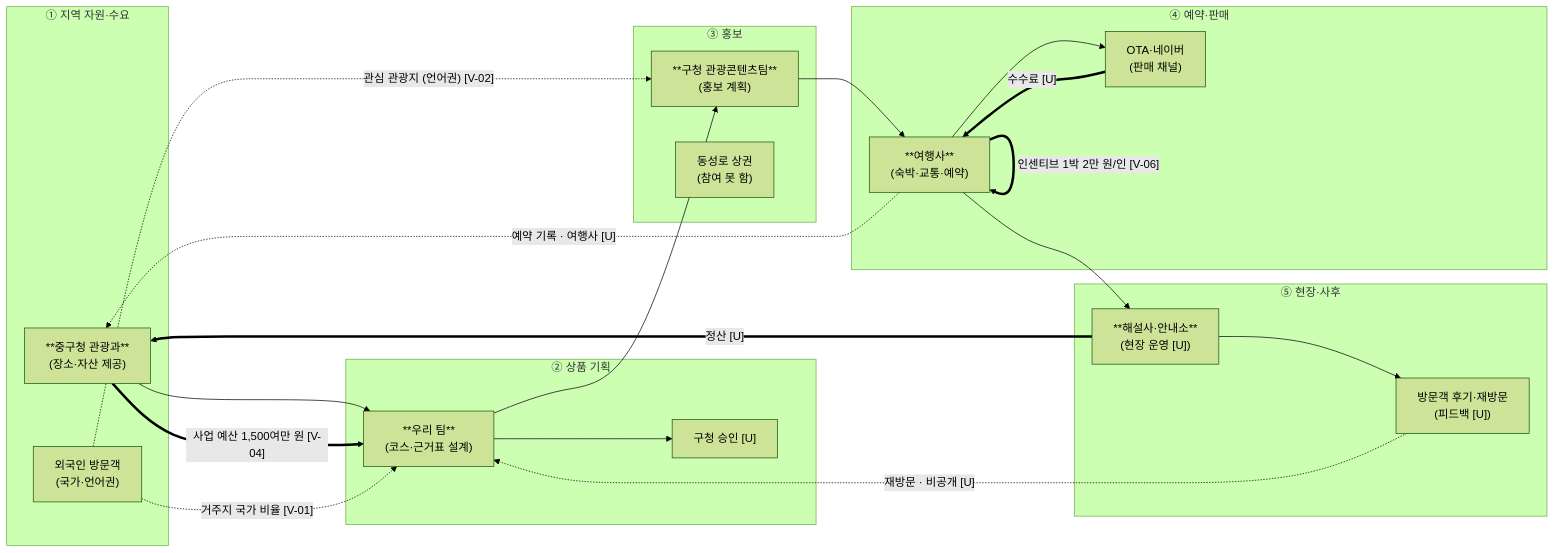
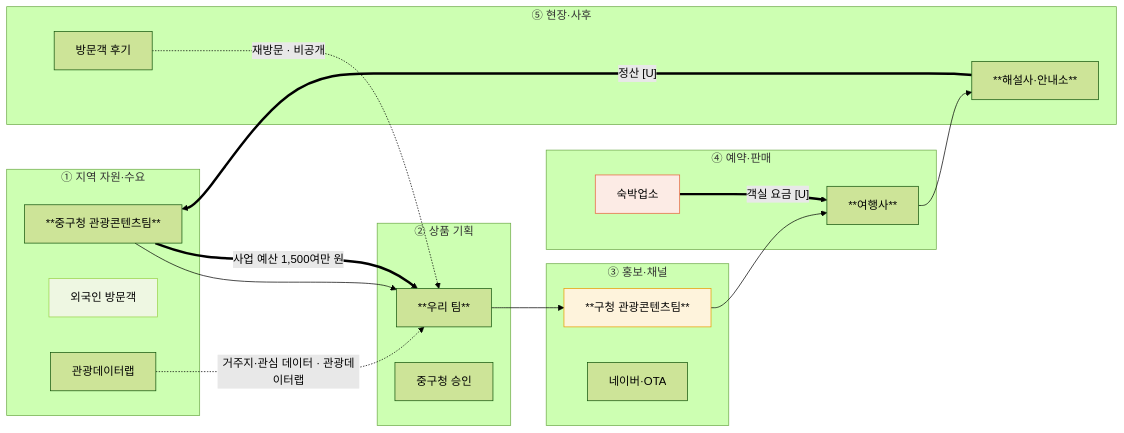
One commit to k-1026/haruharu changed the diagram in research/valuechain/valuechain_v0.md. Above: the diagram before and after it, drawn with Mermaid (forest theme). The commit also changed other lines of this file and 1 other file, not shown here.

Commit message:
docs: 이해관계자 6유형 정리와 흐름도 표기 규칙 반영

````diff
--- a/research/valuechain/valuechain_v0.md
+++ b/research/valuechain/valuechain_v0.md
@@ -7,41 +12,43 @@
 ```mermaid
 flowchart LR
   subgraph S1["① 지역 자원·수요"]
-    A1["**중구청 관광과**<br/>(장소·자산 제공)"]
-    A2["외국인 방문객<br/>(국가·언어권)"]
+    A1["**중구청 관광콘텐츠팀**"]
+    A2["외국인 방문객"]
+    A3["관광데이터랩"]
   end
   subgraph S2["② 상품 기획"]
-    B1["**우리 팀**<br/>(코스·근거표 설계)"]
-    B2["구청 승인 [U]"]
+    B1["**우리 팀**"]
+    B2["중구청 승인"]
   end
-  subgraph S3["③ 홍보"]
-    C1["**구청 관광콘텐츠팀**<br/>(홍보 계획)"]
-    C2["동성로 상권<br/>(참여 못 함)"]
+  subgraph S3["③ 홍보·채널"]
+    C1["**구청 관광콘텐츠팀**"]
+    C2["네이버·OTA"]
   end
   subgraph S4["④ 예약·판매"]
-    D1["**여행사**<br/>(숙박·교통·예약)"]
-    D2["OTA·네이버<br/>(판매 채널)"]
+    D1["**여행사**"]
+    D2["숙박업소"]
   end
   subgraph S5["⑤ 현장·사후"]
-    E1["**해설사·안내소**<br/>(현장 운영 [U])"]
-    E2["방문객 후기·재방문<br/>(피드백 [U])"]
+    E1["**해설사·안내소**"]
+    E2["방문객 후기"]
   end
 
   A1 --> B1
-  B1 --> B2
   B1 --> C1
   C1 --> D1
-  D1 --> D2
   D1 --> E1
-  E1 --> E2
 
-  A1 ==>|"사업 예산 1,500여만 원 [V-04]"| B1
-  D2 ==>|"수수료 [U]"| D1
+  A3 -.->|"거주지·관심 데이터 · 관광데이터랩"| B1
+  E2 -.->|"재방문 · 비공개"| B1
+
+  A1 ==>|"사업 예산 1,500여만 원"| B1
+  D2 ==>|"객실 요금 [U]"| D1
   E1 ==>|"정산 [U]"| A1
-  D1 ==>|"인센티브 1박 2만 원/인 [V-06]"| D1
 
-  A2 -.->|"거주지 국가 비율 [V-01]"| B1
-  A2 -.->|"관심 관광지 (언어권) [V-02]"| C1
-  D1 -.->|"예약 기록 · 여행사 [U]"| A1
-  E2 -.->|"재방문 · 비공개 [U]"| B1
+  classDef bottleneck fill:#FEF3DC,stroke:#E89B00
+  classDef opp fill:#EEF7E2,stroke:#9BD24B
+  classDef cost fill:#FCEBE5,stroke:#E8603C
+  class C1 bottleneck
+  class A2 opp
+  class D2 cost
 ```
````
